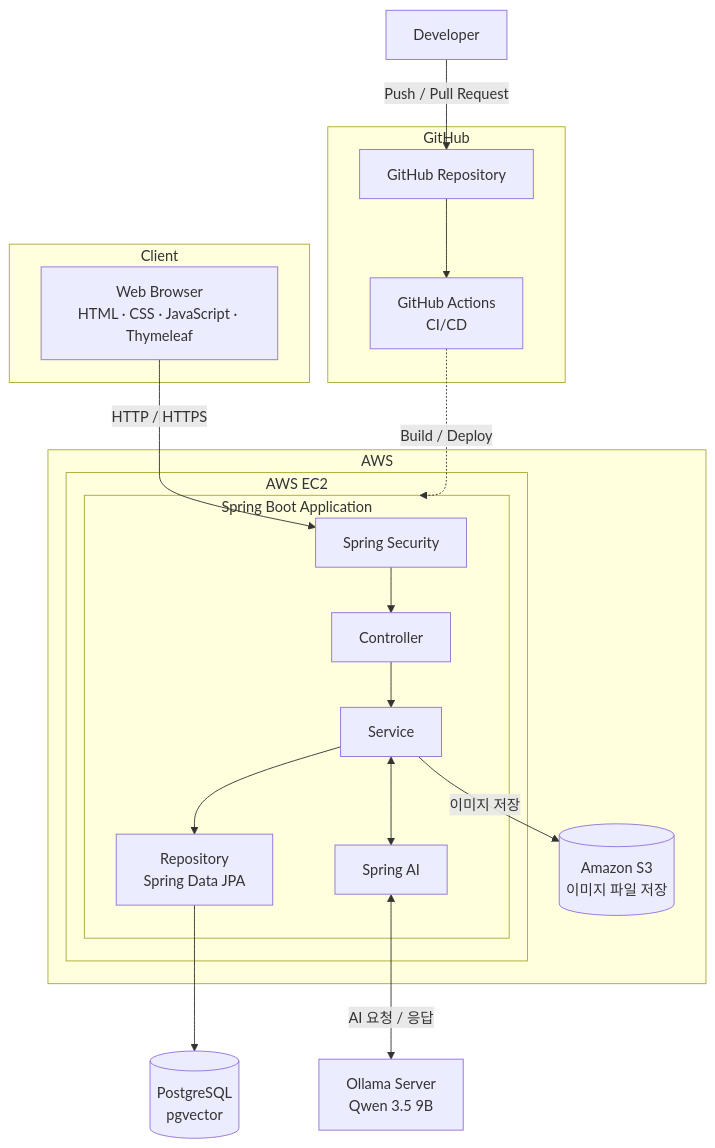
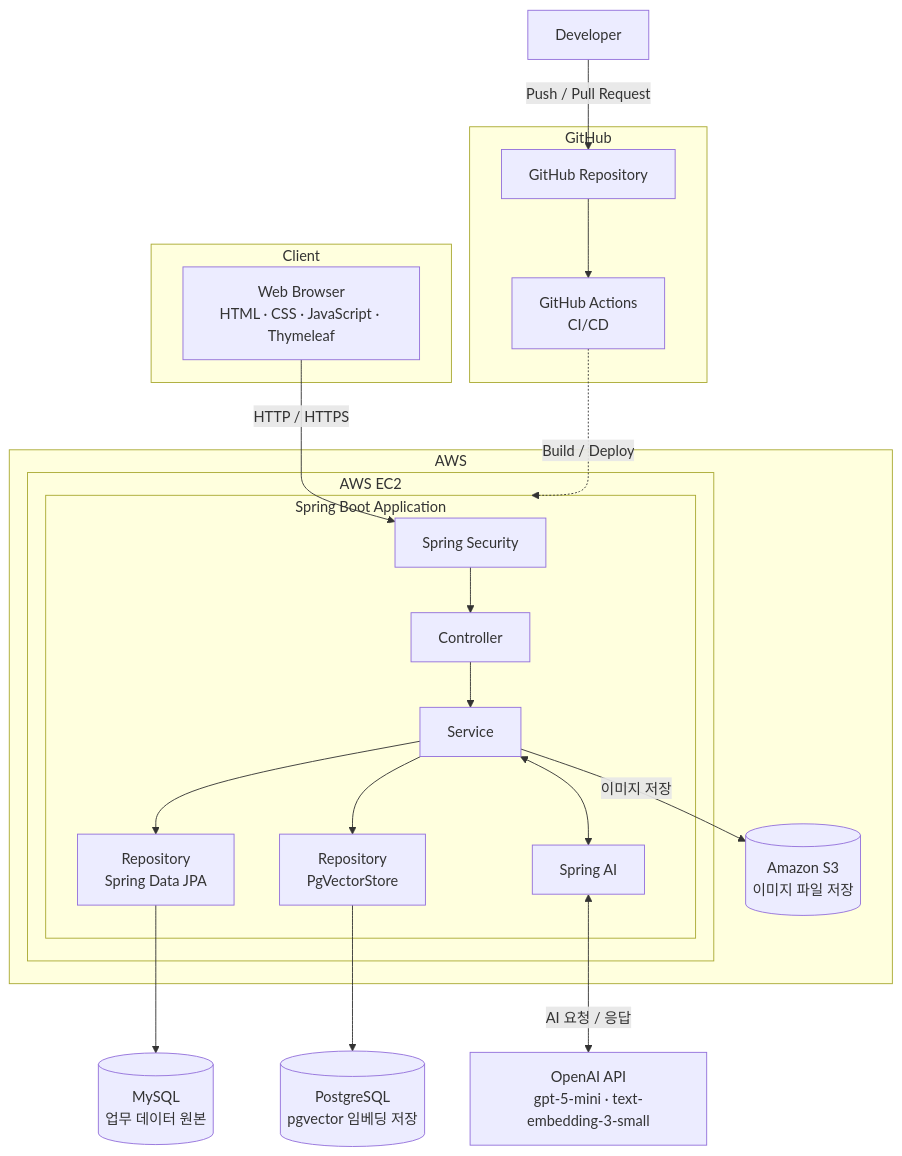
One commit to Jyung01/First-day-project changed the diagram in README.md. Above: the diagram before and after it, drawn with Mermaid. The commit also changed other lines of this file, not shown here.

````diff
--- a/README.md
+++ b/README.md
@@ -114,43 +114,46 @@
 ```mermaid
 flowchart TB
     Developer["Developer"]
 
     subgraph GitHub["GitHub"]
         Repository["GitHub Repository"]
         Actions["GitHub Actions<br/>CI/CD"]
         Repository --> Actions
     end
 
     subgraph Client["Client"]
         Browser["Web Browser<br/>HTML · CSS · JavaScript · Thymeleaf"]
     end
 
     subgraph AWS["AWS"]
         subgraph EC2["AWS EC2"]
             subgraph Application["Spring Boot Application"]
                 Security["Spring Security"]
                 Controller["Controller"]
                 Service["Service"]
                 DataRepository["Repository<br/>Spring Data JPA"]
                 SpringAI["Spring AI"]
 
                 Security --> Controller
                 Controller --> Service
                 Service --> DataRepository
+                Service --> PgVectorRepository
                 Service <--> SpringAI
             end
         end
 
         S3[("Amazon S3<br/>이미지 파일 저장")]
     end
 
-    PostgreSQL[("PostgreSQL<br/>pgvector")]
-    Ollama["Ollama Server<br/>Qwen 3.5 9B"]
+    MySQL[("MySQL<br/>업무 데이터 원본")]
+    PostgreSQL[("PostgreSQL<br/>pgvector 임베딩 저장")]
+    OpenAI["OpenAI API<br/>gpt-5-mini · text-embedding-3-small"]
 
     Developer -->|"Push / Pull Request"| Repository
     Actions -.->|"Build / Deploy"| Application
     Browser -->|"HTTP / HTTPS"| Security
-    DataRepository --> PostgreSQL
+    DataRepository --> MySQL
+    PgVectorRepository["Repository<br/>PgVectorStore"] --> PostgreSQL
     Service -->|"이미지 저장"| S3
-    SpringAI <-->|"AI 요청 / 응답"| Ollama
+    SpringAI <-->|"AI 요청 / 응답"| OpenAI
 ```
````
